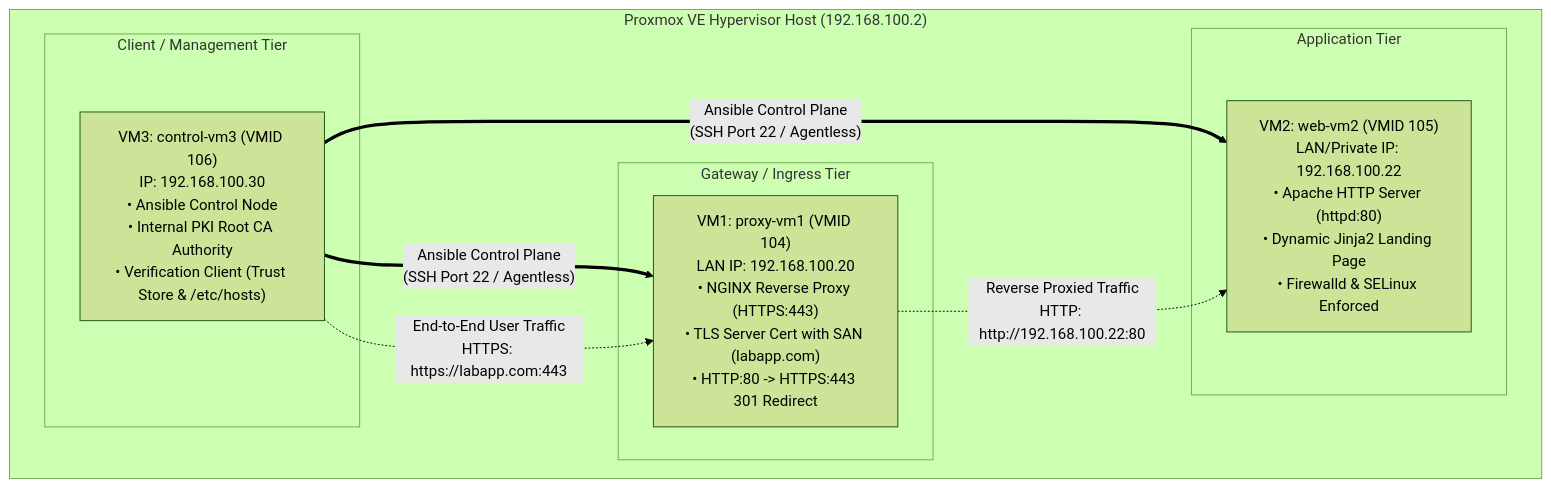
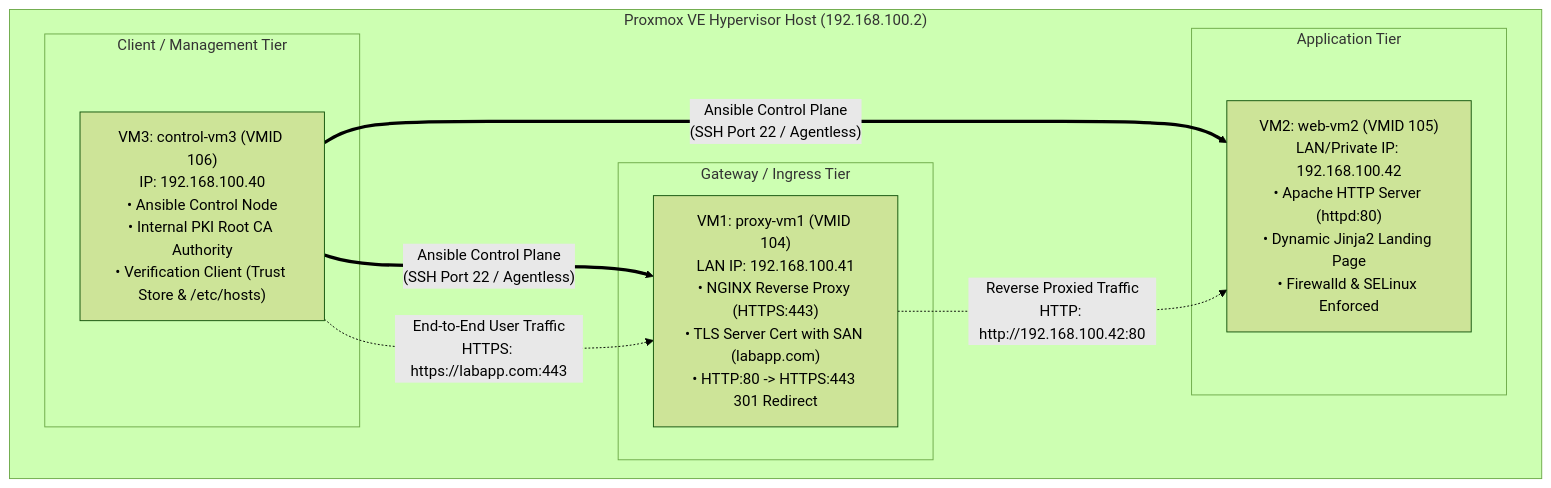
Before and after one commit to sylthecatto/airnav-notes: the first of 2 diagrams in AirNav DAS/Ansible - Deployment Automation/OLIVERIO — Phase 3 Complete End-to-End Master Runbook.md, drawn with Mermaid (forest theme). The commit also changed other lines of this file, not shown here.

Commit message:
docs: finalize runbook with dedicated unique IPs control-vm3 (.40), proxy-vm1 (.41), web-vm2 (.42)

````diff
--- a/AirNav DAS/Ansible - Deployment Automation/OLIVERIO — Phase 3 Complete End-to-End Master Runbook.md
+++ b/AirNav DAS/Ansible - Deployment Automation/OLIVERIO — Phase 3 Complete End-to-End Master Runbook.md
@@ -40,21 +40,21 @@
 ```mermaid
 flowchart TD
     subgraph Proxmox_Hypervisor["Proxmox VE Hypervisor Host (192.168.100.2)"]
         subgraph Control_Client_Tier["Client / Management Tier"]
-            VM3["VM3: control-vm3 (VMID 106)\nIP: 192.168.100.30\n• Ansible Control Node\n• Internal PKI Root CA Authority\n• Verification Client (Trust Store & /etc/hosts)"]
+            VM3["VM3: control-vm3 (VMID 106)\nIP: 192.168.100.40\n• Ansible Control Node\n• Internal PKI Root CA Authority\n• Verification Client (Trust Store & /etc/hosts)"]
         end
 
         subgraph Reverse_Proxy_Tier["Gateway / Ingress Tier"]
-            VM1["VM1: proxy-vm1 (VMID 104)\nLAN IP: 192.168.100.20\n• NGINX Reverse Proxy (HTTPS:443)\n• TLS Server Cert with SAN (labapp.com)\n• HTTP:80 -> HTTPS:443 301 Redirect"]
+            VM1["VM1: proxy-vm1 (VMID 104)\nLAN IP: 192.168.100.41\n• NGINX Reverse Proxy (HTTPS:443)\n• TLS Server Cert with SAN (labapp.com)\n• HTTP:80 -> HTTPS:443 301 Redirect"]
         end
 
         subgraph Backend_Web_Tier["Application Tier"]
-            VM2["VM2: web-vm2 (VMID 105)\nLAN/Private IP: 192.168.100.22\n• Apache HTTP Server (httpd:80)\n• Dynamic Jinja2 Landing Page\n• Firewalld & SELinux Enforced"]
+            VM2["VM2: web-vm2 (VMID 105)\nLAN/Private IP: 192.168.100.42\n• Apache HTTP Server (httpd:80)\n• Dynamic Jinja2 Landing Page\n• Firewalld & SELinux Enforced"]
         end
     end
 
     VM3 ==>|"Ansible Control Plane\n(SSH Port 22 / Agentless)"| VM1
     VM3 ==>|"Ansible Control Plane\n(SSH Port 22 / Agentless)"| VM2
     VM3 -.->|"End-to-End User Traffic\nHTTPS: https://labapp.com:443"| VM1
-    VM1 -.->|"Reverse Proxied Traffic\nHTTP: http://192.168.100.22:80"| VM2
+    VM1 -.->|"Reverse Proxied Traffic\nHTTP: http://192.168.100.42:80"| VM2
 ```
````
